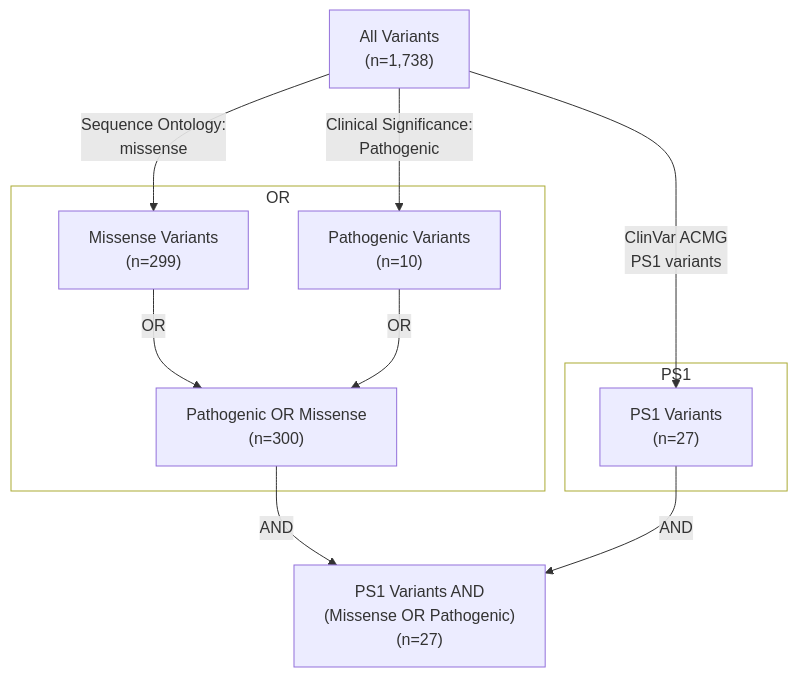
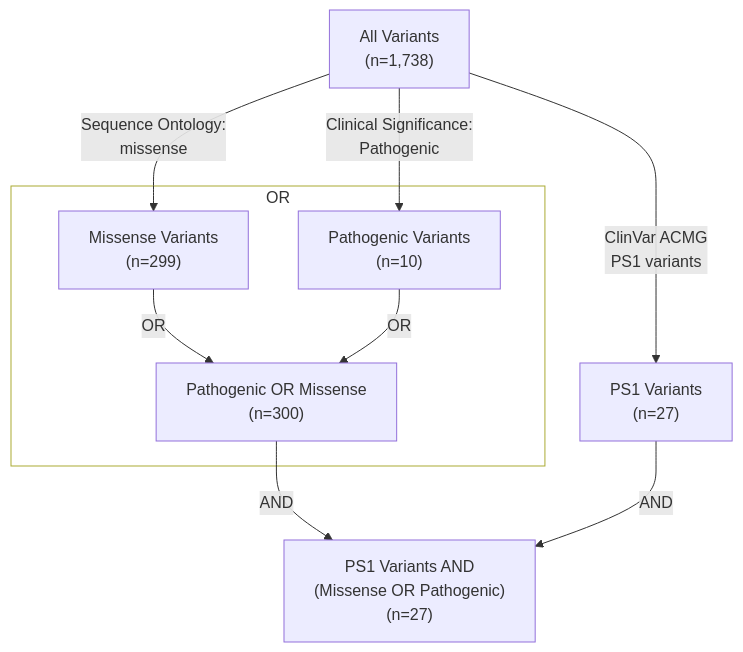
One commit to KarchinLab/oc_vignettes changed the eighth of 9 diagrams in filtering.qmd. Above: the diagram before and after it, drawn with Mermaid. The commit also changed other lines of this file and 17 other files, not shown here.

````diff
--- a/filtering.qmd
+++ b/filtering.qmd
@@ -141,20 +218,17 @@
 ```{mermaid}
 graph TD
   A["All Variants\n(n=1,738)"]--"Sequence Ontology:\nmissense"--> B
   A --"Clinical Significance:\nPathogenic"--> C
   subgraph OR
   B["Missense Variants\n(n=299)"]
   C["Pathogenic Variants\n(n=10)"]
   B --"OR"--> E["Pathogenic OR Missense\n(n=300)"]
   C --"OR"--> E
   end
-  subgraph PS1
   F["PS1 Variants\n(n=27)"]
-  end
   E --"AND"--> G["PS1 Variants AND\n(Missense OR Pathogenic)\n(n=27)"]
   A --"ClinVar ACMG\nPS1 variants"--> F
   F --"AND"--> G
   classDef White fill:#FFFFFF;
-  class PS1 White
   class OR White
 ```
````
